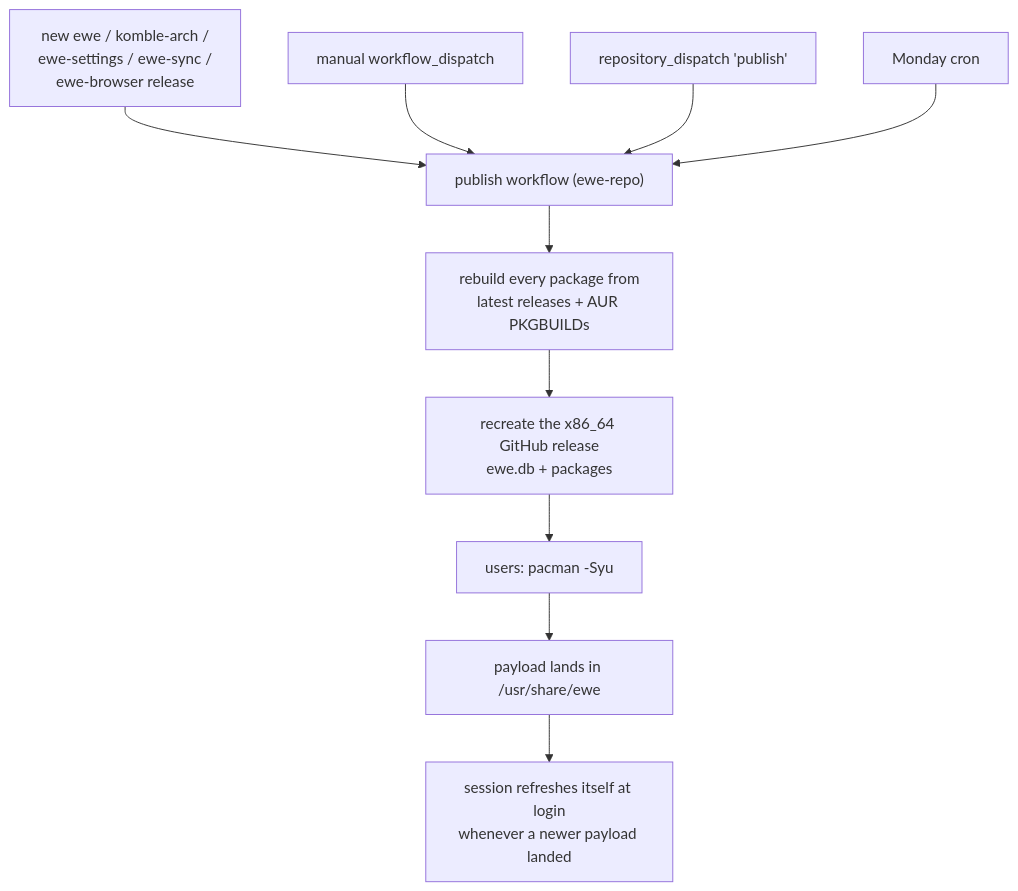
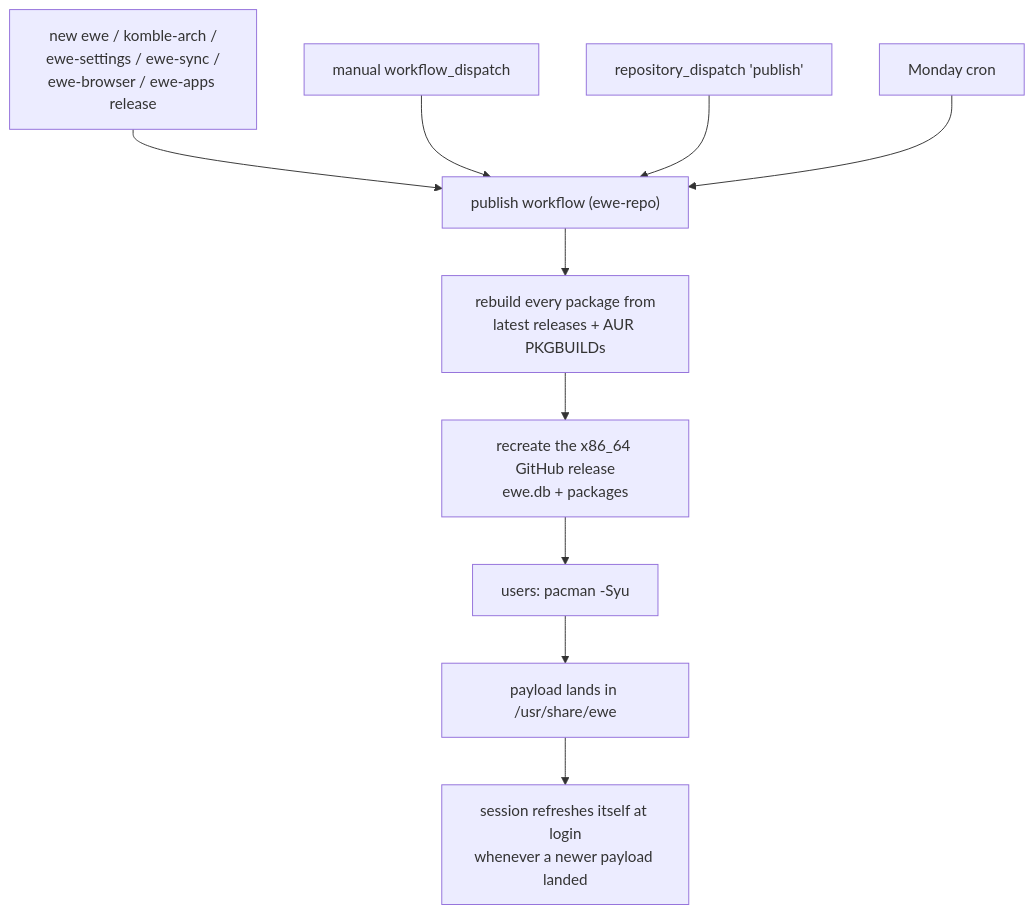
One commit to prj786/ewe-map changed the diagram in 02-Architecture/Packaging and Updates.md. Above: the diagram before and after it, drawn with Mermaid. The commit also changed other lines of this file and 33 other files, not shown here.

First line of the commit message:
docs: the 0.44 wave — ewe's own apps, the package diet, password sign-in, apps not resident

````diff
--- a/02-Architecture/Packaging and Updates.md
+++ b/02-Architecture/Packaging and Updates.md
@@ -35,18 +40,18 @@
 ```mermaid
 flowchart TB
-    TRIG1["new ewe / komble-arch /<br/>ewe-settings / ewe-sync /<br/>ewe-browser release"]
+    TRIG1["new ewe / komble-arch /<br/>ewe-settings / ewe-sync /<br/>ewe-browser / ewe-apps release"]
     TRIG2["manual workflow_dispatch"]
     TRIG3["repository_dispatch 'publish'"]
     TRIG4["Monday cron"]
 
     TRIG1 --> PUB["publish workflow (ewe-repo)"]
     TRIG2 --> PUB
     TRIG3 --> PUB
     TRIG4 --> PUB
 
     PUB --> BUILD["rebuild every package from<br/>latest releases + AUR PKGBUILDs"]
     BUILD --> REL["recreate the x86_64 GitHub release<br/>ewe.db + packages"]
     REL --> USERS["users: pacman -Syu"]
     USERS --> PAY["payload lands in /usr/share/ewe"]
     PAY --> REFRESH["session refreshes itself at login<br/>whenever a newer payload landed"]
 ```
````
